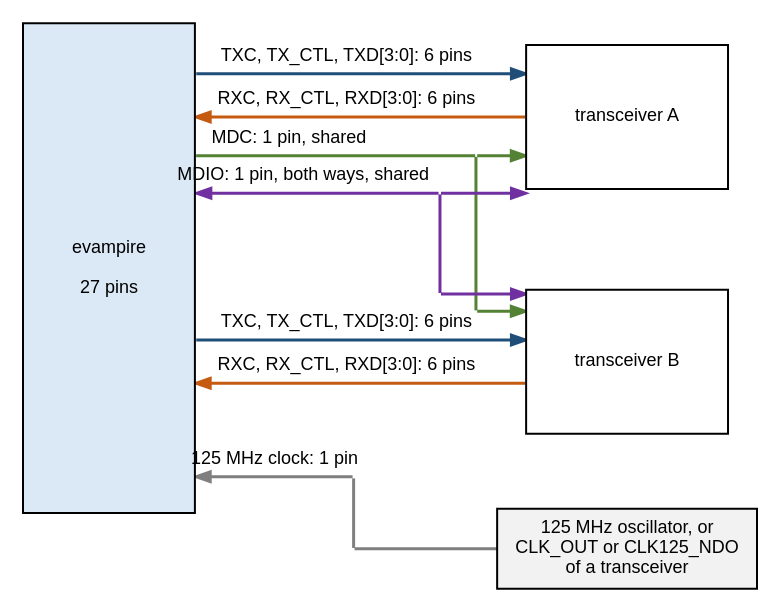
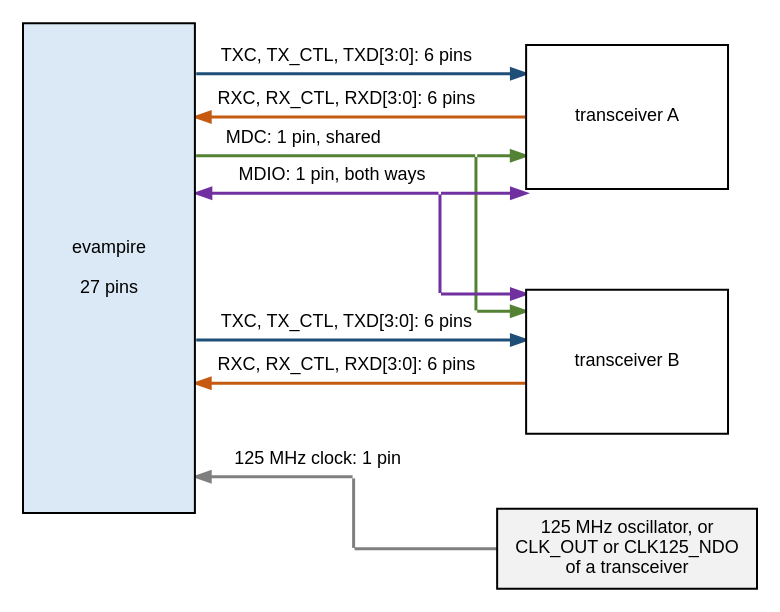
Before and after one commit to mithro/evampire: the diagram in docs/ethernet/rgmii/pinout.dot, drawn with Graphviz. The commit also changed 5 other files, not shown here.

```diff
--- a/docs/ethernet/rgmii/pinout.dot
+++ b/docs/ethernet/rgmii/pinout.dot
@@ -1,62 +1,62 @@
 // evampire's RGMII and management pins: 6 transmit and 6 receive pins per
 // port, MDC (driven by evampire) and MDIO (both ways) shared by both
 // transceivers, and the 125 MHz reference clock from an oscillator or a
 // transceiver. The MDIO pull-up is drawn in mdio-bus.dot.
 //
 // Fixed grid, positions in inches.
 //
 // SPDX-License-Identifier: Apache-2.0
 
 digraph pinout {
     graph [layout=neato, splines=false, outputorder=edgesfirst,
            fontname="Helvetica", fontsize=10];
     node  [fontname="Helvetica", fontsize=9, pin=true, shape=box,
            style=filled, fixedsize=true];
     edge  [penwidth=1.5, arrowsize=0.7, fontname="Helvetica", fontsize=9];
 
     ev [pos="0.7,1.6!", width=1.2, height=3.4, fillcolor="#dbe8f5",
         label="evampire\n\n27 pins"];
     pa [pos="4.3,2.65!", width=1.4, height=1.0, fillcolor="#ffffff",
         label="transceiver A"];
     pb [pos="4.3,0.95!", width=1.4, height=1.0, fillcolor="#ffffff",
         label="transceiver B"];
     osc [pos="4.3,-0.35!", width=1.8, height=0.55, fillcolor="#f2f2f2",
          label="125 MHz oscillator, or\nCLK_OUT or CLK125_NDO\nof a transceiver"];
 
     node [shape=point, width=0.01, height=0.01, style=invis];
     e1 [pos="1.3,2.95!"]; a1 [pos="3.6,2.95!"];
     e2 [pos="1.3,2.65!"]; a2 [pos="3.6,2.65!"];
     e3 [pos="1.3,1.1!"]; b3 [pos="3.6,1.1!"];
     e4 [pos="1.3,0.8!"]; b4 [pos="3.6,0.8!"];
     e5 [pos="1.3,2.38!"]; k5 [pos="3.25,2.38!"]; a5 [pos="3.6,2.38!"];
     k5b [pos="3.25,1.3!"]; b5 [pos="3.6,1.3!"];
     e7 [pos="1.3,2.12!"]; k7 [pos="3.0,2.12!"]; a7 [pos="3.6,2.12!"];
     k7b [pos="3.0,1.42!"]; b7 [pos="3.6,1.42!"];
     e6 [pos="1.3,0.15!"]; k6 [pos="2.4,0.15!"]; o6 [pos="3.5,-0.35!"];
     k6b [pos="2.4,-0.35!"];
 
     node [shape=plaintext, style="", width=2.2, height=0.2, fontsize=9];
     l1 [pos="2.35,3.07!", label="TXC, TX_CTL, TXD[3:0]: 6 pins"];
     l2 [pos="2.35,2.77!", label="RXC, RX_CTL, RXD[3:0]: 6 pins"];
-    l3 [pos="1.95,2.5!", width=1.4, label="MDC: 1 pin, shared"];
-    l7 [pos="2.05,2.24!", width=2.3, label="MDIO: 1 pin, both ways, shared"];
+    l3 [pos="2.05,2.5!", width=1.4, label="MDC: 1 pin, shared"];
+    l7 [pos="2.25,2.24!", width=1.7, label="MDIO: 1 pin, both ways"];
     l4 [pos="2.35,1.22!", label="TXC, TX_CTL, TXD[3:0]: 6 pins"];
     l5 [pos="2.35,0.92!", label="RXC, RX_CTL, RXD[3:0]: 6 pins"];
-    l6 [pos="1.85,0.27!", width=1.4, label="125 MHz clock: 1 pin"];
+    l6 [pos="2.15,0.27!", width=1.5, label="125 MHz clock: 1 pin"];
 
     e1 -> a1 [color="#1f4e79"];
     a2 -> e2 [color="#c55a11"];
     e3 -> b3 [color="#1f4e79"];
     b4 -> e4 [color="#c55a11"];
     e5 -> k5 [dir=none, color="#548235"];
     k5 -> a5 [color="#548235"];
     k5 -> k5b [dir=none, color="#548235"];
     k5b -> b5 [color="#548235"];
     e7 -> k7 [dir=back, color="#7030a0"];
     k7 -> a7 [color="#7030a0"];
     k7 -> k7b [dir=none, color="#7030a0"];
     k7b -> b7 [color="#7030a0"];
     o6 -> k6b [dir=none, color="#7f7f7f"];
     k6b -> k6 [dir=none, color="#7f7f7f"];
     k6 -> e6 [color="#7f7f7f"];
 }
```
